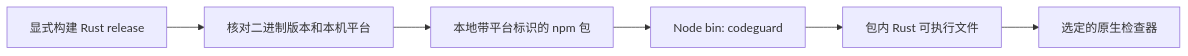
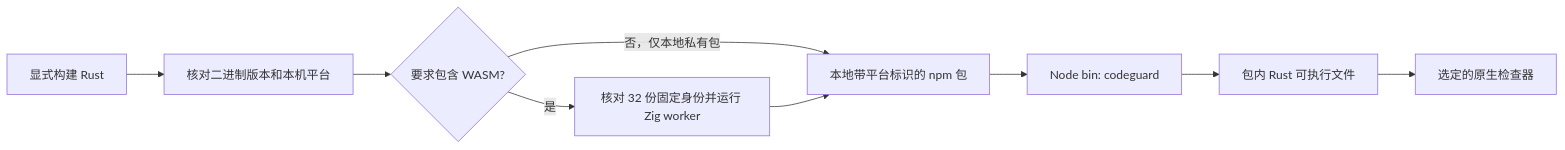
Before and after one commit to full-stack-plugins/codeguard: diagram 12 of 12 in docs/Codeguard-Architecture.zh_CN.md, drawn with Mermaid. The commit also changed other lines of this file and 12 other files, not shown here.

First line of the commit message:
feat(npm): 本地包打包纳入 32 份语法 WASM 并附验收

````diff
--- a/docs/Codeguard-Architecture.zh_CN.md
+++ b/docs/Codeguard-Architecture.zh_CN.md
@@ -479,8 +479,11 @@
 ```mermaid
 flowchart LR
-    Build[显式构建 Rust release] --> Verify[核对二进制版本和本机平台]
-    Verify --> Pack[本地带平台标识的 npm 包]
+    Build[显式构建 Rust] --> Verify[核对二进制版本和本机平台]
+    Verify --> Wasm{要求包含 WASM?}
+    Wasm -->|是| Probe[核对 32 份固定身份并运行 Zig worker]
+    Wasm -->|否，仅本地私有包| Pack[本地带平台标识的 npm 包]
+    Probe --> Pack
     Pack --> Node[Node bin: codeguard]
     Node --> Rust[包内 Rust 可执行文件]
     Rust --> Native[选定的原生检查器]
 ```
````
